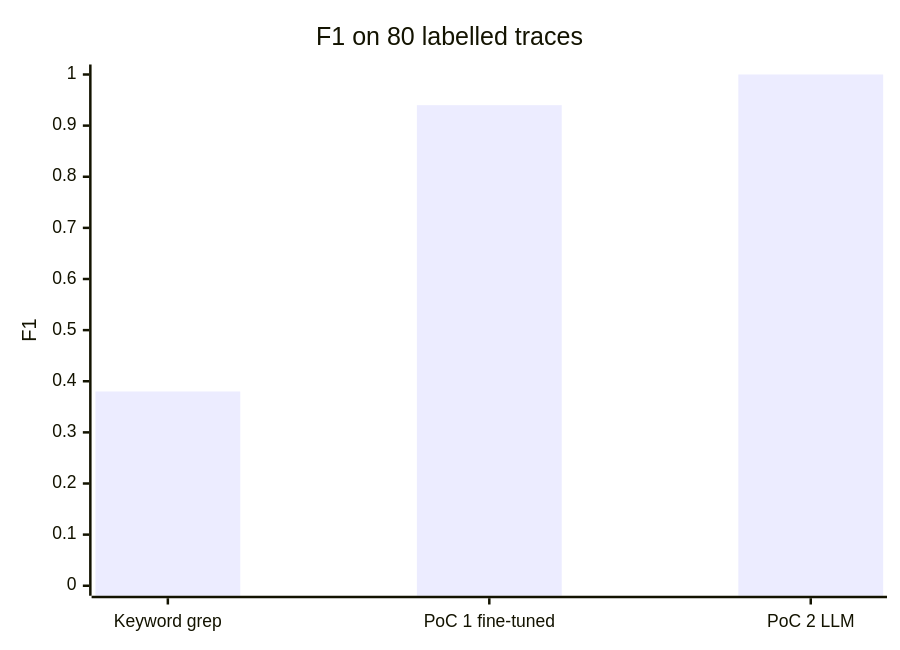
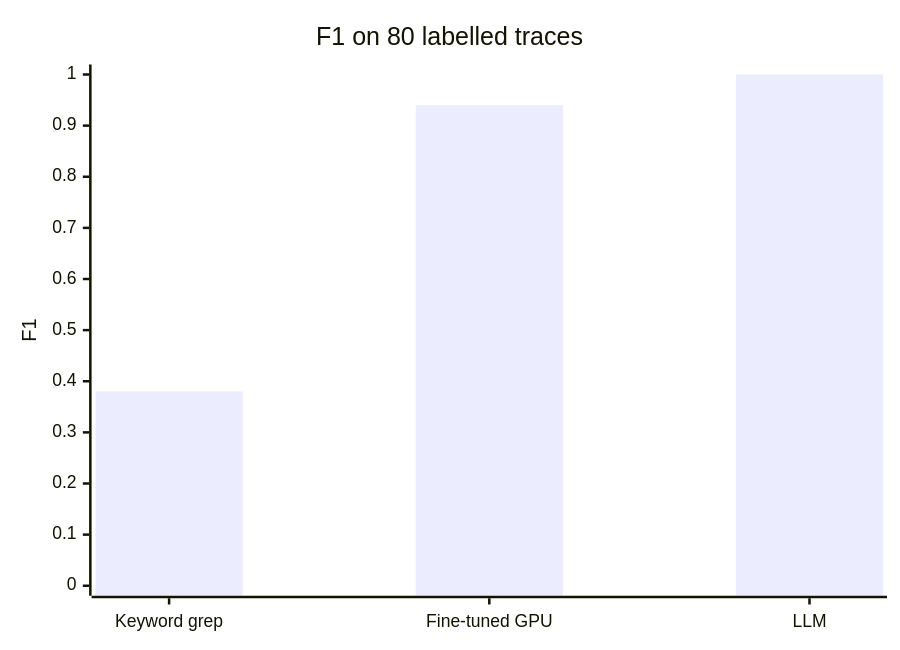
The second of 3 diagrams in README.md (AliRezaFarahnak-Customer-Demos/log-anomaly-gpu-vs-llm-poc), drawn with Mermaid before and after one commit. The commit also changed other lines of this file, not shown here.

````diff
--- a/README.md
+++ b/README.md
@@ -36,7 +27,7 @@
 ```mermaid
 xychart-beta
     title "F1 on 80 labelled traces"
-    x-axis ["Keyword grep", "PoC 1 fine-tuned", "PoC 2 LLM"]
+    x-axis ["Keyword grep", "Fine-tuned GPU", "LLM"]
     y-axis "F1" 0 --> 1
     bar [0.38, 0.94, 1.0]
 ```
````
